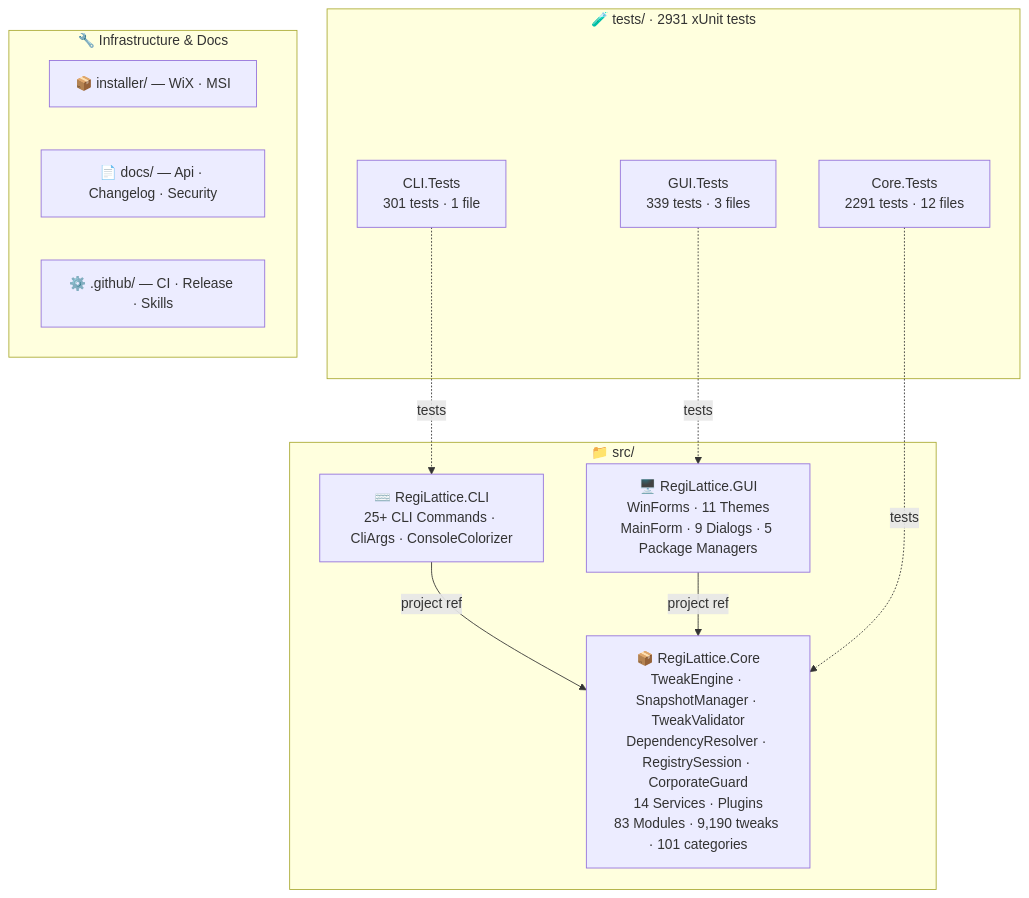
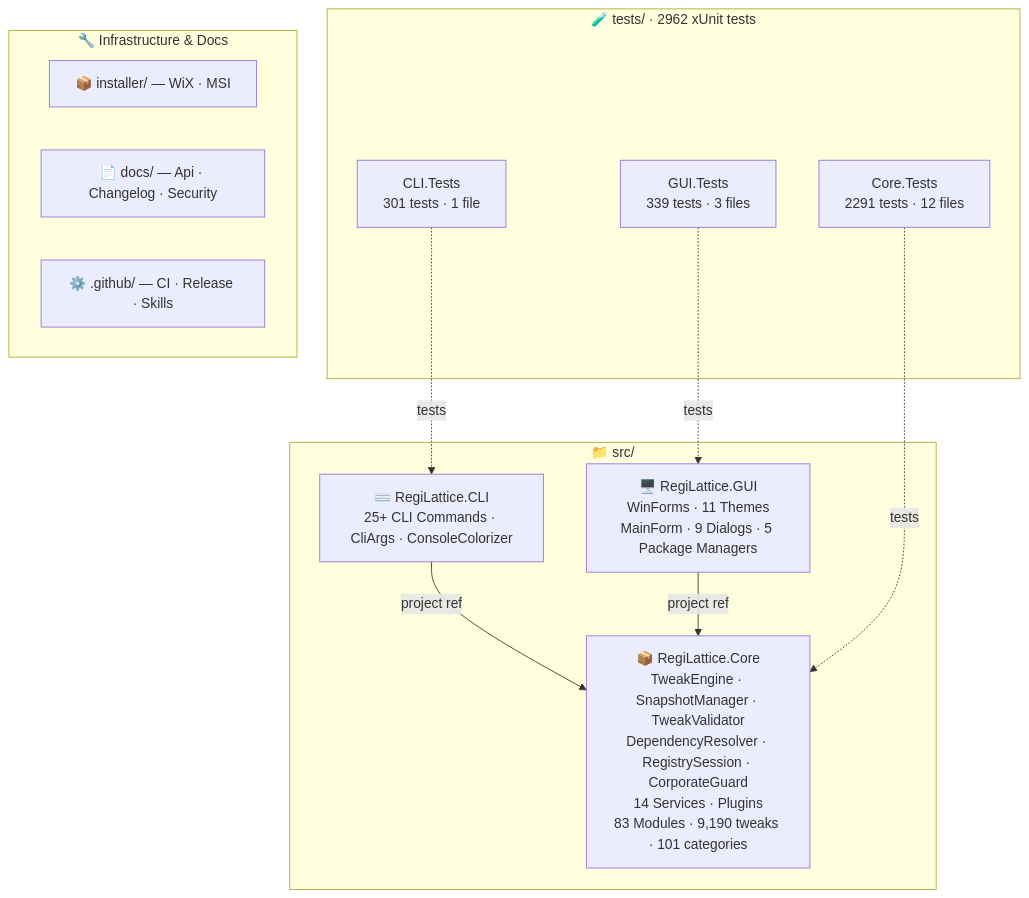
One commit to RajwanYair/RegiLattice changed the second of 2 diagrams in README.md. Above: the diagram before and after it, drawn with Mermaid. The commit also changed other lines of this file and 1 other file, not shown here.

Commit message:
docs: update README + testing instructions to 2962 tests post-v6.0.4

````diff
--- a/README.md
+++ b/README.md
@@ -255,26 +255,26 @@
 ```mermaid
 graph TD
     subgraph SRC["📁 src/"]
         CORE["📦 RegiLattice.Core<br/>TweakEngine · SnapshotManager · TweakValidator<br/>DependencyResolver · RegistrySession · CorporateGuard<br/>14 Services · Plugins<br/>83 Modules · 9,190 tweaks · 101 categories"]
         GUI["🖥️ RegiLattice.GUI<br/>WinForms · 11 Themes<br/>MainForm · 9 Dialogs · 5 Package Managers"]
         CLI["⌨️ RegiLattice.CLI<br/>25+ CLI Commands · CliArgs · ConsoleColorizer"]
     end
 
-    subgraph TST["🧪 tests/  ·  2931 xUnit tests"]
+    subgraph TST["🧪 tests/  ·  2962 xUnit tests"]
         CT["Core.Tests<br/>2291 tests · 12 files"]
         CLT["CLI.Tests<br/>301 tests · 1 file"]
         GT["GUI.Tests<br/>339 tests · 3 files"]
     end
 
     subgraph INFRA["🔧 Infrastructure & Docs"]
         INST["📦 installer/ — WiX · MSI"]
         DOCS["📄 docs/ — Api · Changelog · Security"]
         GH["⚙️ .github/ — CI · Release · Skills"]
     end
 
     CLI -->|project ref| CORE
     GUI -->|project ref| CORE
     CT -.->|tests| CORE
     CLT -.->|tests| CLI
     GT -.->|tests| GUI
 ```
````
